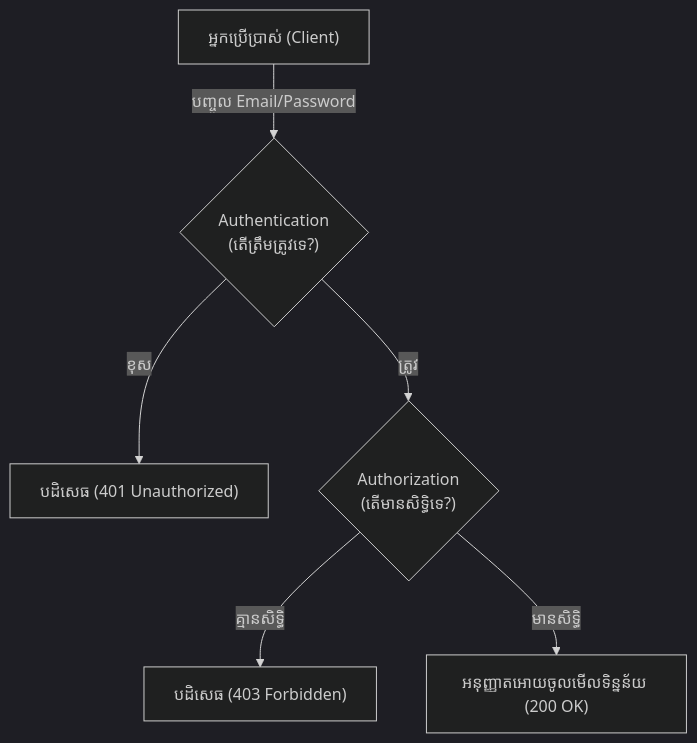
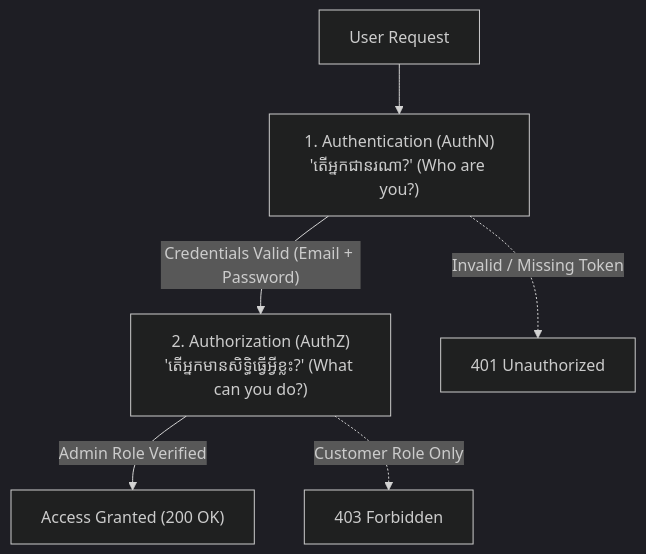
Before and after one commit to Ari-ICU/full-stack-short-coures: the first of 2 diagrams in src/courses/backend/module-5-authentication/01-auth-vs-authorization.mdx, drawn with Mermaid (dark theme). The commit also changed other lines of this file and 47 other files, not shown here.

Commit message:
refactor: rename backend-architecture directory to backend and update path references across all course modules

````diff
--- a/src/courses/backend/module-5-authentication/01-auth-vs-authorization.mdx
+++ b/src/courses/backend/module-5-authentication/01-auth-vs-authorization.mdx
@@ -22,8 +24,8 @@
 ```mermaid
 graph TD
-    A["អ្នកប្រើប្រាស់ (Client)"] -->|"បញ្ចូល Email/Password"| B{"Authentication <br/>(តើត្រឹមត្រូវទេ?)"}
-    B -->|"ខុស"| C["បដិសេធ (401 Unauthorized)"]
-    B -->|"ត្រូវ"| D{"Authorization <br/>(តើមានសិទ្ធិទេ?)"}
-    D -->|"គ្មានសិទ្ធិ"| E["បដិសេធ (403 Forbidden)"]
-    D -->|"មានសិទ្ធិ"| F["អនុញ្ញាតអោយចូលមើលទិន្នន័យ (200 OK)"]
+    REQ["User Request"] --> A1["1. Authentication (AuthN)<br/>'តើអ្នកជានរណា?' (Who are you?)"]
+    A1 -->|"Credentials Valid (Email + Password)"| A2["2. Authorization (AuthZ)<br/>'តើអ្នកមានសិទ្ធិធ្វើអ្វីខ្លះ?' (What can you do?)"]
+    A1 -.->|"Invalid / Missing Token"| E401["401 Unauthorized"]
+    A2 -->|"Admin Role Verified"| OK["Access Granted (200 OK)"]
+    A2 -.->|"Customer Role Only"| E403["403 Forbidden"]
 ```
````
